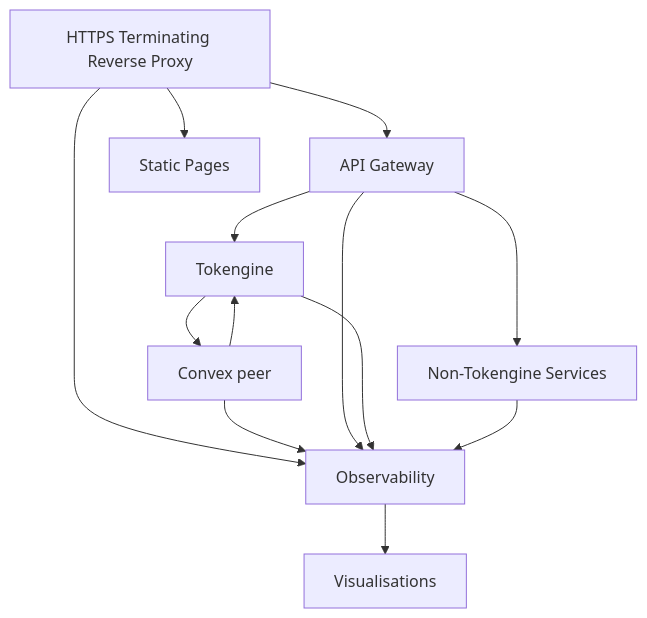
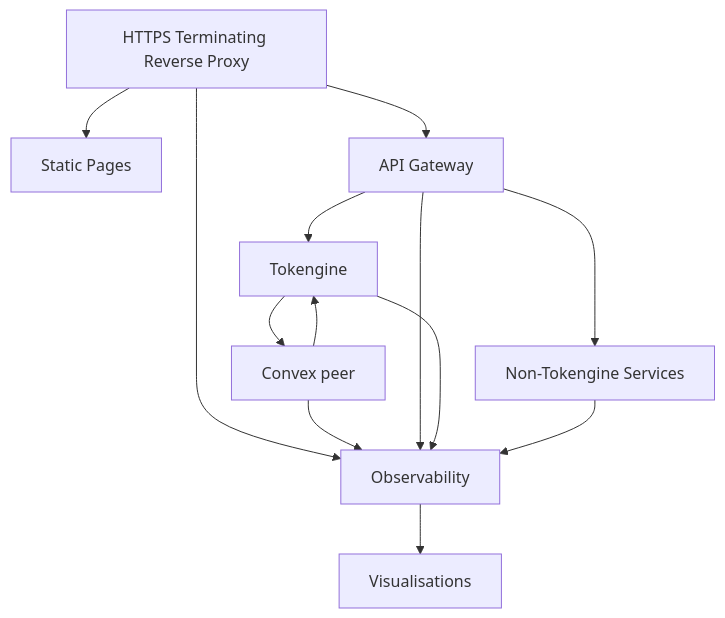
Before and after one commit to Convex-Dev/tokengine: the first of 2 diagrams in infra/README.md, drawn with Mermaid.

````diff
--- a/infra/README.md
+++ b/infra/README.md
@@ -7,15 +7,15 @@
 ```mermaid
 graph TD
-    A[HTTPS Terminating Reverse Proxy] --> B[API Gateway]
-    A --> H[Static Pages]
+    A[HTTPS Terminating Reverse Proxy] --> H[Static Pages]
+    A --> B[API Gateway]
     B --> C[Tokengine]
     B --> D[Non-Tokengine Services]
     C --> G[Convex peer]
     G --> C
     A --> E[Observability]
     G --> E
     B --> E
     C --> E
     D --> E
     E --> F[Visualisations]
 ```
````
